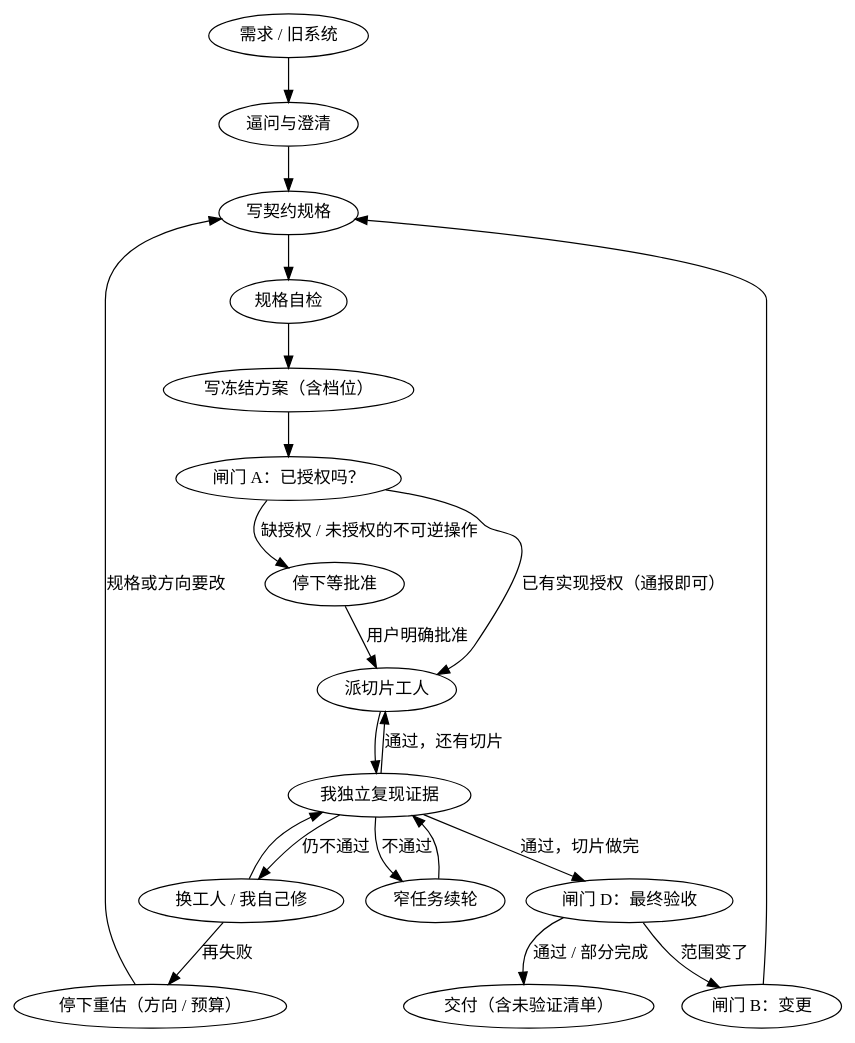
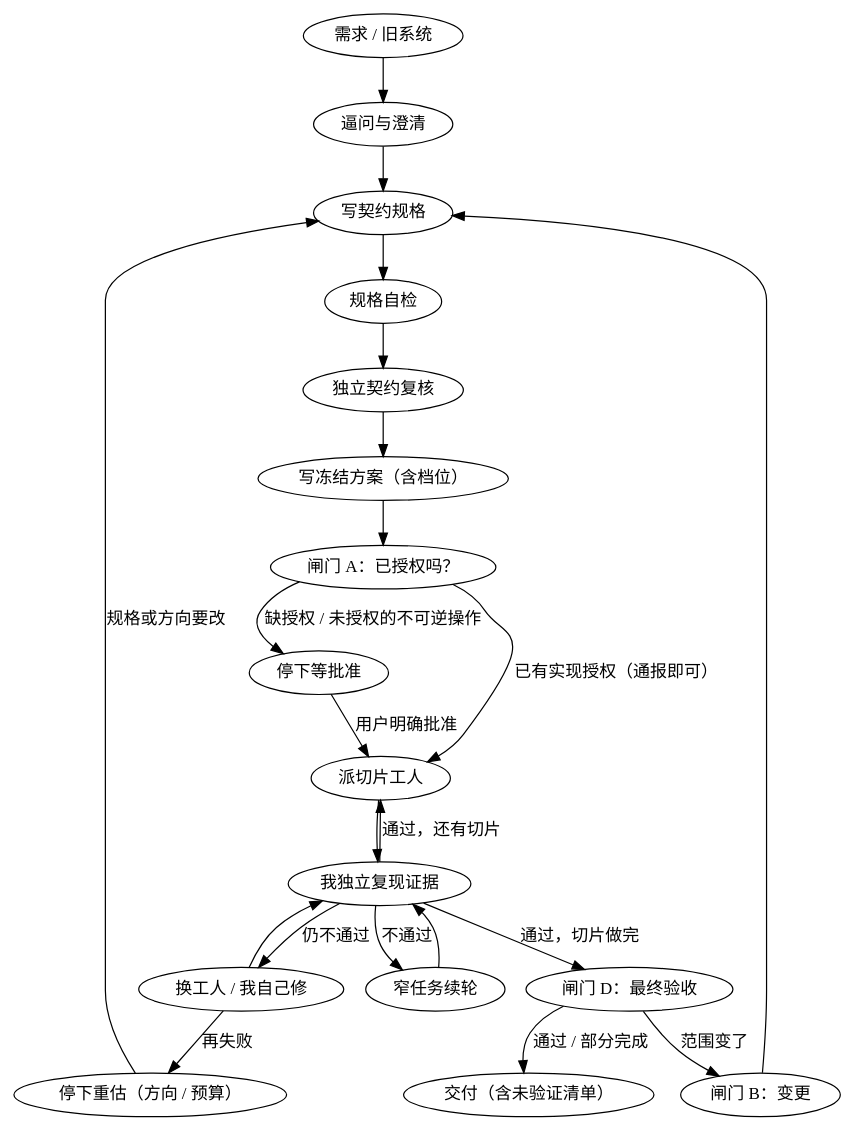
One commit to Leexunhuan743/orchestrated-build changed the diagram in SKILL.md. Above: the diagram before and after it, drawn with Graphviz. The commit also changed other lines of this file and 4 other files, not shown here.

````diff
--- a/SKILL.md
+++ b/SKILL.md
@@ -26,24 +26,25 @@
 ```dot
 digraph loop {
   "需求 / 旧系统" -> "逼问与澄清";
   "逼问与澄清" -> "写契约规格";
   "写契约规格" -> "规格自检";
-  "规格自检" -> "写冻结方案（含档位）";
+  "规格自检" -> "独立契约复核";
+  "独立契约复核" -> "写冻结方案（含档位）";
   "写冻结方案（含档位）" -> "闸门 A：已授权吗？";
   "闸门 A：已授权吗？" -> "停下等批准" [label="缺授权 / 未授权的不可逆操作"];
   "停下等批准" -> "派切片工人" [label="用户明确批准"];
   "闸门 A：已授权吗？" -> "派切片工人" [label="已有实现授权（通报即可）"];
   "派切片工人" -> "我独立复现证据";
   "我独立复现证据" -> "窄任务续轮" [label="不通过"];
   "窄任务续轮" -> "我独立复现证据";
   "我独立复现证据" -> "换工人 / 我自己修" [label="仍不通过"];
   "换工人 / 我自己修" -> "我独立复现证据";
   "换工人 / 我自己修" -> "停下重估（方向 / 预算）" [label="再失败"];
   "停下重估（方向 / 预算）" -> "写契约规格" [label="规格或方向要改"];
   "我独立复现证据" -> "派切片工人" [label="通过，还有切片"];
   "我独立复现证据" -> "闸门 D：最终验收" [label="通过，切片做完"];
   "闸门 D：最终验收" -> "闸门 B：变更" [label="范围变了"];
   "闸门 B：变更" -> "写契约规格";
   "闸门 D：最终验收" -> "交付（含未验证清单）" [label="通过 / 部分完成"];
 }
 ```
````
